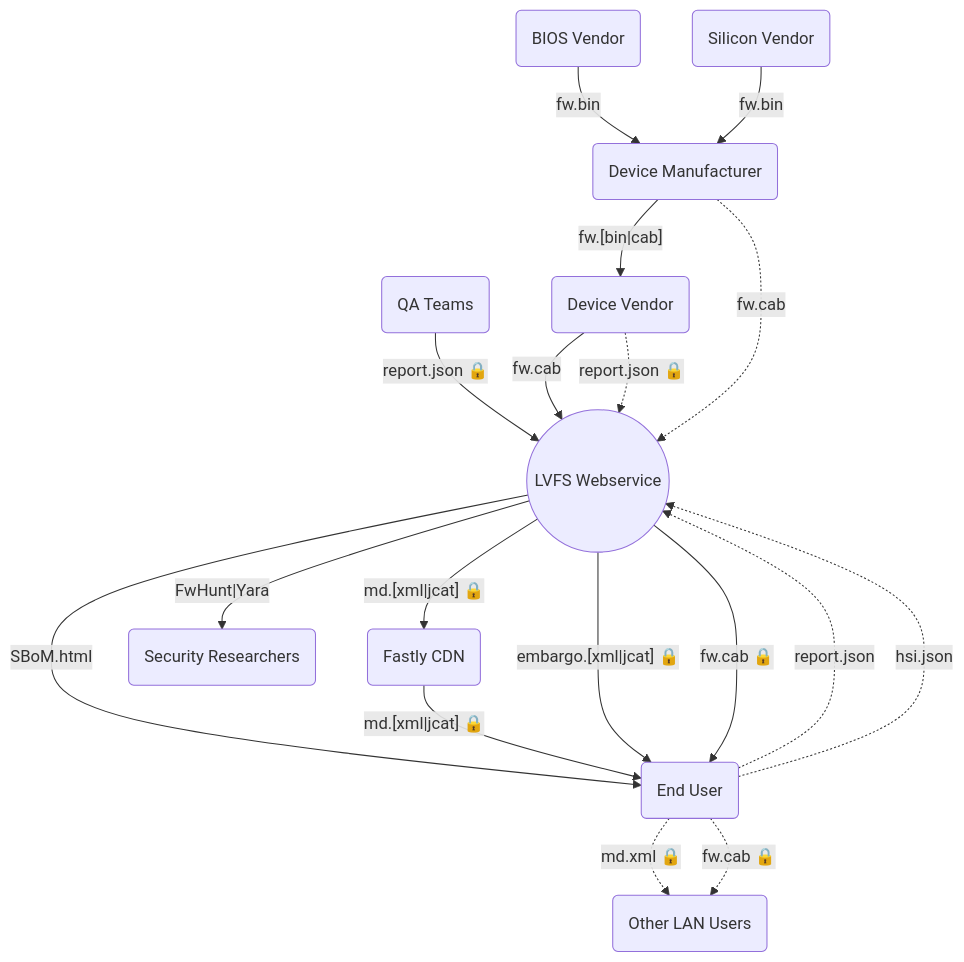
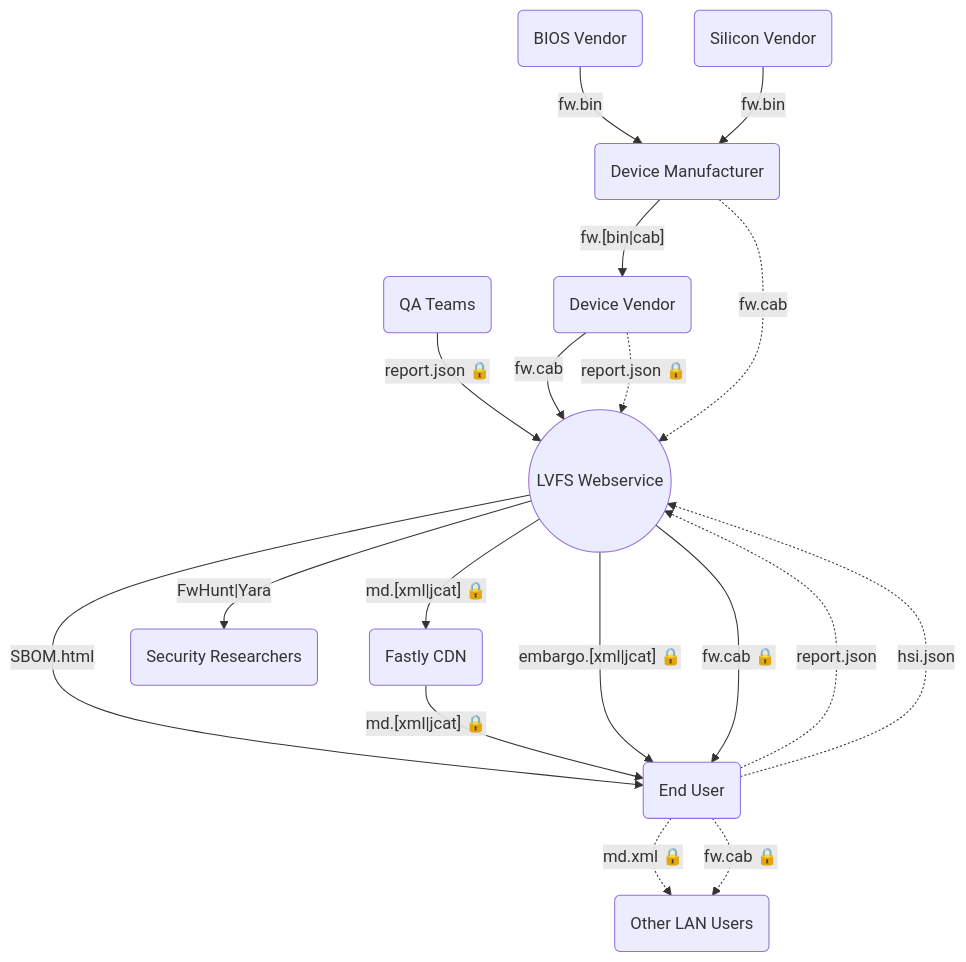
Before and after one commit to fwupd/fwupd: the first of 2 diagrams in SECURITY.md, drawn with Mermaid. The commit also changed other lines of this file and 3 other files, not shown here.

First line of the commit message:
trivial: Use 'SBOM' rather than 'SBoM'

````diff
--- a/SECURITY.md
+++ b/SECURITY.md
@@ -66,20 +66,20 @@
 ```mermaid
   flowchart TD
-      LVFS((LVFS Webservice)) -- "SBoM.html" --> User(End User)
+      LVFS((LVFS Webservice)) -- "SBOM.html" --> User(End User)
       LVFS -- "md.[xml|jcat] 🔒" --> CDN(Fastly CDN)
       CDN -- "md.[xml|jcat] 🔒" --> User
       LVFS -- "embargo.[xml|jcat] 🔒" --> User
       LVFS -- "fw.cab 🔒" --> User
       User -. "report.json" .-> LVFS
       User -. "hsi.json" .-> LVFS
       QA(QA Teams) -- "report.json 🔒" --> LVFS
       OEM(Device Vendor) -- "fw.cab" --> LVFS
       ODM(Device Manufacturer) -- "fw.[bin|cab]" --> OEM
       OEM -. "report.json 🔒" .-> LVFS
       ODM -. "fw.cab" .-> LVFS
       IBV(BIOS Vendor) -- "fw.bin" --> ODM
       ISV(Silicon Vendor) -- "fw.bin" --> ODM
       User -. "md.xml 🔒" .-> User2(Other LAN Users)
       User -. "fw.cab 🔒" .-> User2
       LVFS -- "FwHunt|Yara" --> SecAlert(Security Researchers)
 ```
````
